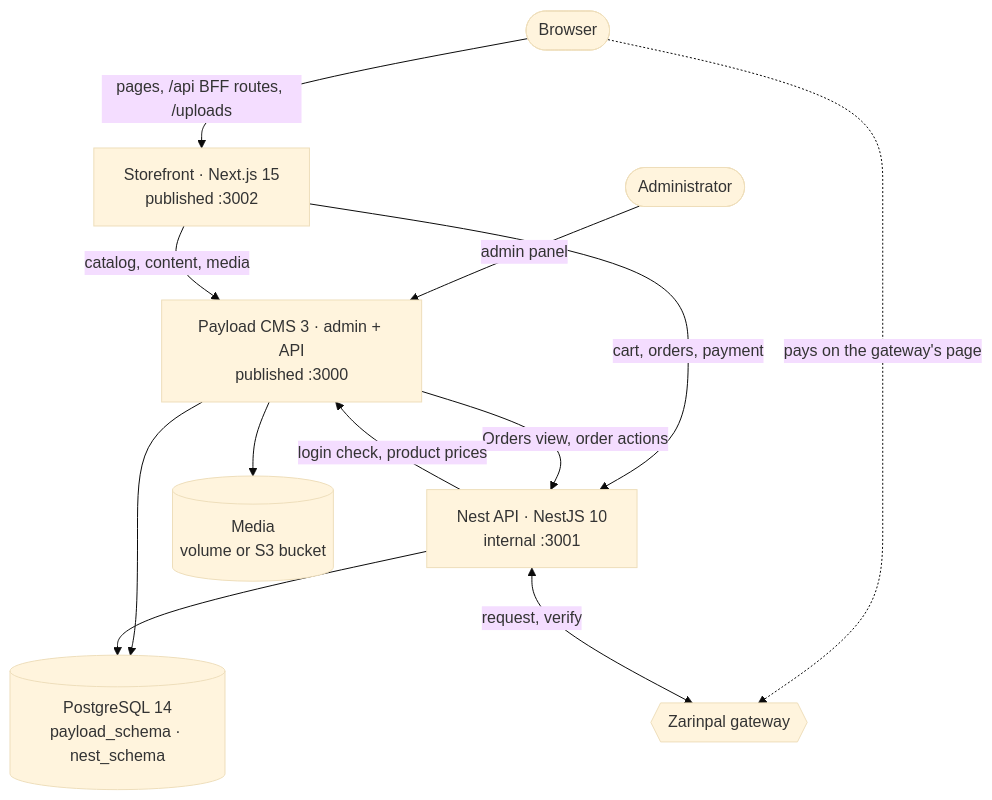
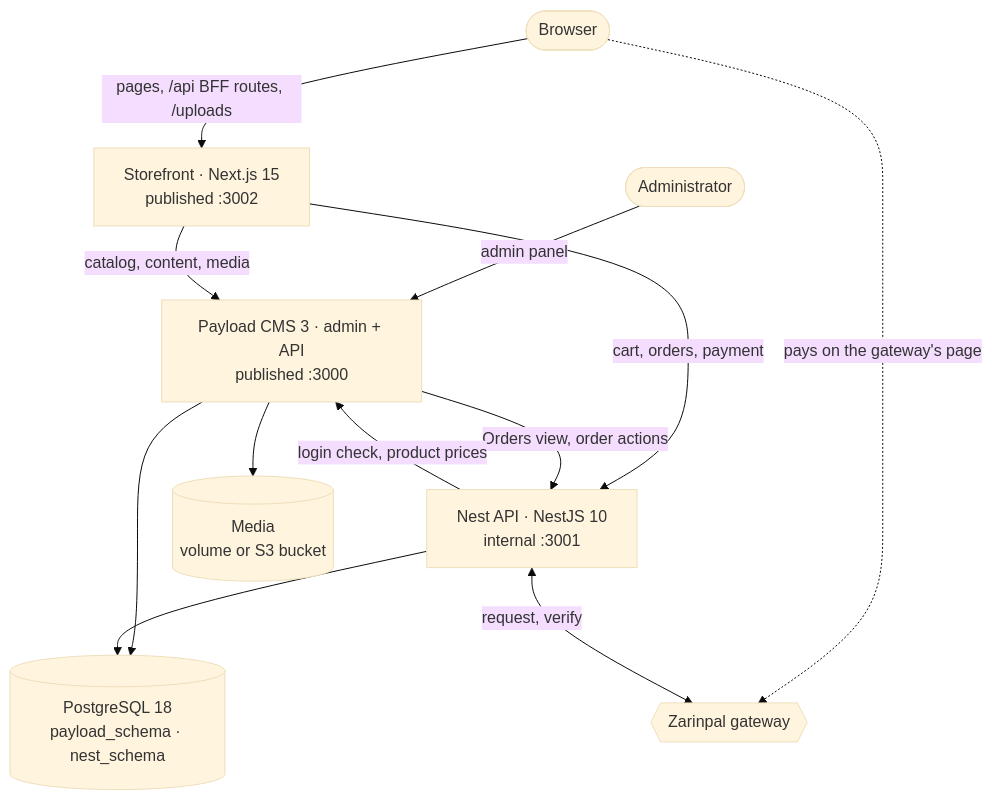
One commit to Soheyl-Khajian/Watcher-Store changed the first of 5 diagrams in docs/architecture.md. Above: the diagram before and after it, drawn with Mermaid (base theme). The commit also changed other lines of this file and 3 other files, not shown here.

First line of the commit message:
docs: bring the README and architecture notes up to date

````diff
--- a/docs/architecture.md
+++ b/docs/architecture.md
@@ -8,23 +8,23 @@
 ```mermaid
 flowchart TB
   browser([Browser])
   admin([Administrator])
   storefront["Storefront · Next.js 15<br/>published :3002"]
   payload["Payload CMS 3 · admin + API<br/>published :3000"]
   nest["Nest API · NestJS 10<br/>internal :3001"]
   gateway{{"Zarinpal gateway"}}
-  db[("PostgreSQL 14<br/>payload_schema · nest_schema")]
+  db[("PostgreSQL 18<br/>payload_schema · nest_schema")]
   media[("Media<br/>volume or S3 bucket")]
 
   browser -->|pages, /api BFF routes, /uploads| storefront
   browser -.->|pays on the gateway's page| gateway
   admin -->|admin panel| payload
   storefront -->|catalog, content, media| payload
   storefront -->|cart, orders, payment| nest
   payload -->|Orders view, order actions| nest
   nest -->|login check, product prices| payload
   nest <-->|request, verify| gateway
   payload --> db
   nest --> db
   payload --> media
 ```
````
